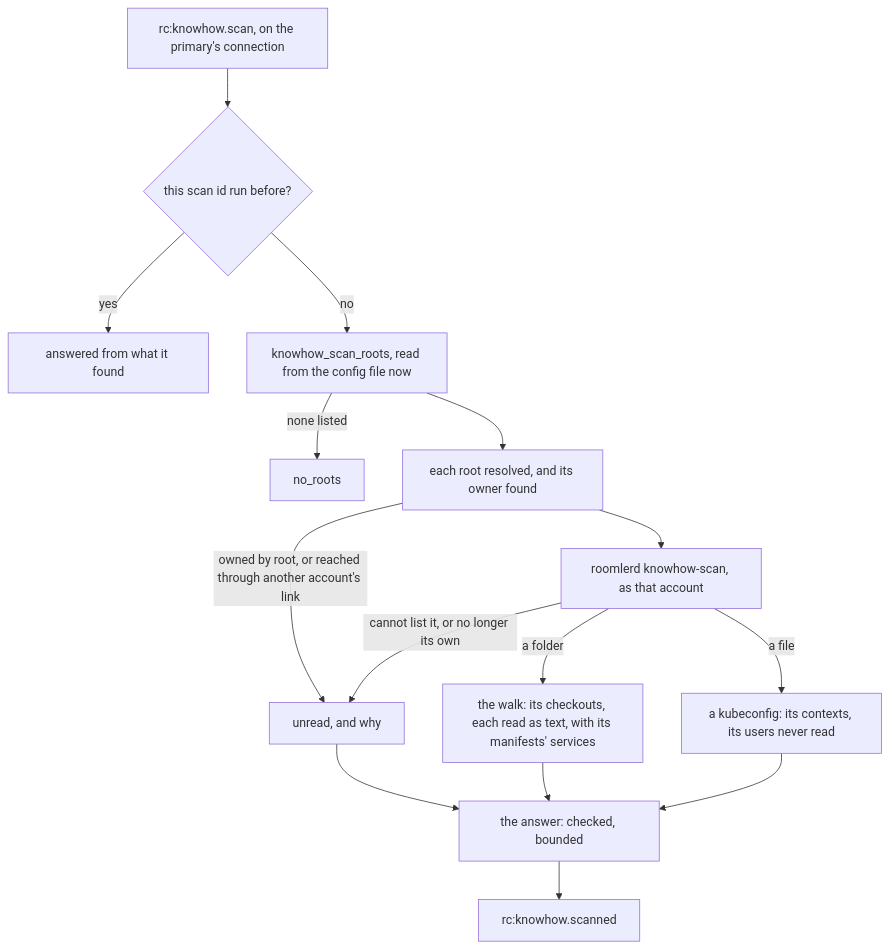
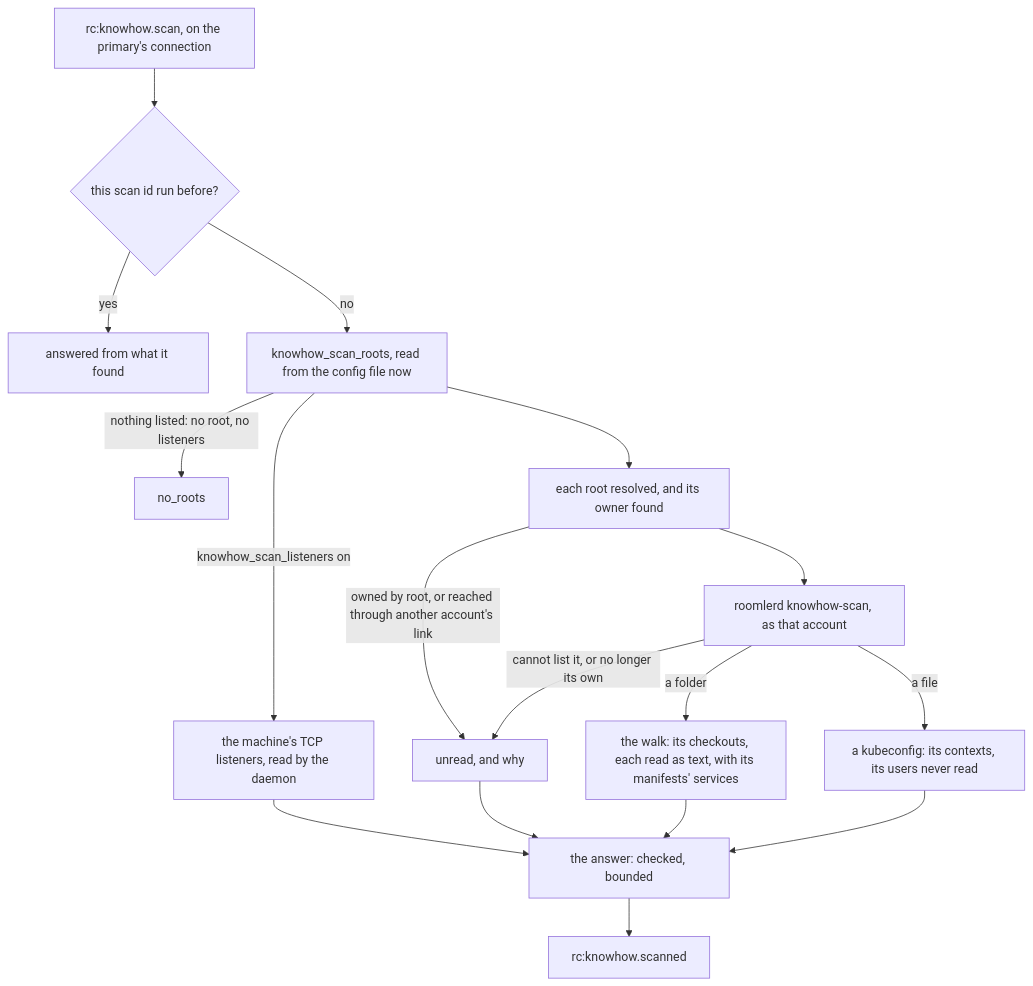
One commit to gjovanov/roomler-ai changed the ninth of 9 diagrams in docs/knowhow.md. Above: the diagram before and after it, drawn with Mermaid. The commit also changed other lines of this file and 26 other files, not shown here.

First line of the commit message:
feat(fr-90): P4-3b-3 — the TCP ports a device listens on, behind its own knowhow_scan_listeners: each port, its address and its process, read by the daemon from the system's table, the daemon's own left out

````diff
--- a/docs/knowhow.md
+++ b/docs/knowhow.md
@@ -600,17 +601,19 @@
 ```mermaid
 flowchart TD
     F["rc:knowhow.scan, on the primary's connection"] --> O{"this scan id run before?"}
     O -- "yes" --> AGAIN["answered from what it found"]
     O -- "no" --> C["knowhow_scan_roots, read from the config file now"]
-    C -- "none listed" --> NR["no_roots"]
+    C -- "nothing listed: no root, no listeners" --> NR["no_roots"]
+    C -- "knowhow_scan_listeners on" --> L["the machine's TCP listeners, read by the daemon"]
     C --> R["each root resolved, and its owner found"]
     R -- "owned by root, or reached through another account's link" --> U["unread, and why"]
     R --> K["roomlerd knowhow-scan, as that account"]
     K -- "cannot list it, or no longer its own" --> U
     K -- "a folder" --> W["the walk: its checkouts, each read as text, with its manifests' services"]
     K -- "a file" --> KC["a kubeconfig: its contexts, its users never read"]
     W --> A["the answer: checked, bounded"]
     KC --> A
+    L --> A
     U --> A
     A --> S["rc:knowhow.scanned"]
 ```
````
